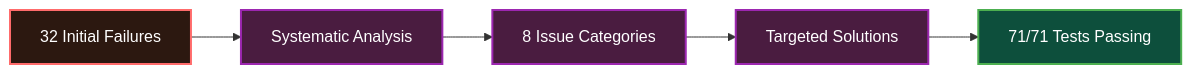
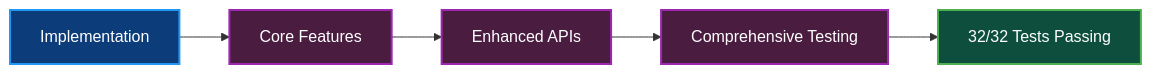
One commit to perkd/loopback-datasource-juggler changed the third of 4 diagrams in docs/multitenant/centralized-model-registry-architecture.md. Above: the diagram before and after it, drawn with Mermaid. The commit also changed other lines of this file and 4 other files, not shown here.

````diff
--- a/docs/multitenant/centralized-model-registry-architecture.md
+++ b/docs/multitenant/centralized-model-registry-architecture.md
@@ -99,15 +100,15 @@
 ```mermaid
 graph LR
-    A["32 Initial Failures"] --> B["Systematic Analysis"]
-    B --> C["8 Issue Categories"]
-    C --> D["Targeted Solutions"]
-    D --> E["71/71 Tests Passing"]
+    A["Implementation"] --> B["Core Features"]
+    B --> C["Enhanced APIs"]
+    C --> D["Comprehensive Testing"]
+    D --> E["32/32 Tests Passing"]
 
-    classDef problem fill:#2c1810,stroke:#ff6b6b,stroke-width:2px,color:#ffffff;
-    classDef process fill:#4a1c40,stroke:#9c27b0,stroke-width:2px,color:#ffffff;
+    classDef implementation fill:#0d3c7a,stroke:#2196f3,stroke-width:2px,color:#ffffff;
+    classDef features fill:#4a1c40,stroke:#9c27b0,stroke-width:2px,color:#ffffff;
     classDef success fill:#0d4f3c,stroke:#4caf50,stroke-width:2px,color:#ffffff;
 
-    class A problem;
-    class B,C,D process;
+    class A implementation;
+    class B,C,D features;
     class E success;
 ```
````
